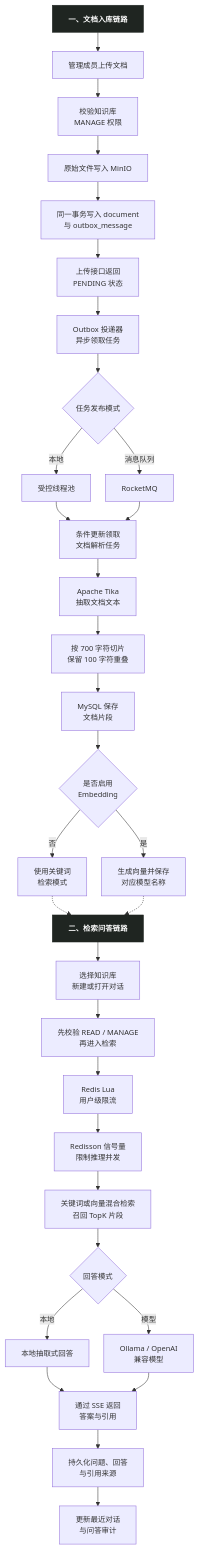
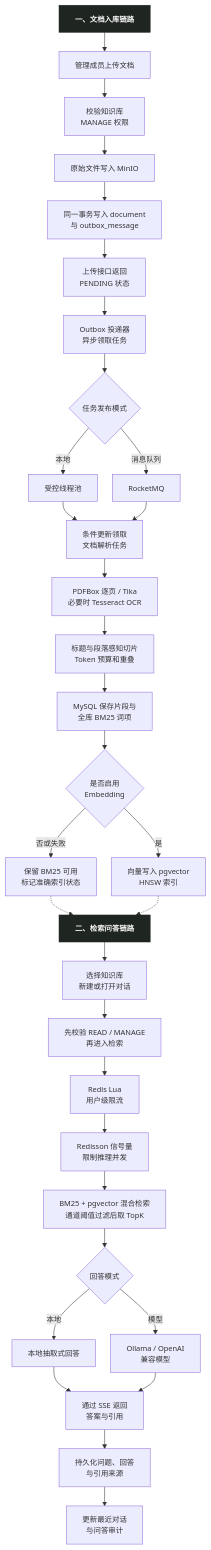
Before and after one commit to haochi1026/docpilot: the diagram in README.md, drawn with Mermaid. The commit also changed other lines of this file and 79 other files, not shown here.

````diff
--- a/README.md
+++ b/README.md
@@ -101,39 +104,39 @@
 ```mermaid
 %%{init: {"flowchart": {"htmlLabels": true, "nodeSpacing": 28, "rankSpacing": 36}, "themeVariables": {"fontSize": "14px"}}}%%
 flowchart TB
   U0["一、文档入库链路"]:::section
   U0 --> U1["管理成员上传文档"]
   U1 --> U2["校验知识库<br/>MANAGE 权限"]
   U2 --> U3["原始文件写入 MinIO"]
   U3 --> U4["同一事务写入 document<br/>与 outbox_message"]
   U4 --> U5["上传接口返回<br/>PENDING 状态"]
   U5 --> U6["Outbox 投递器<br/>异步领取任务"]
   U6 --> U7{"任务发布模式"}
   U7 -->|本地| U8["受控线程池"]
   U7 -->|消息队列| U9["RocketMQ"]
   U8 --> U10["条件更新领取<br/>文档解析任务"]
   U9 --> U10
-  U10 --> U11["Apache Tika<br/>抽取文档文本"]
-  U11 --> U12["按 700 字符切片<br/>保留 100 字符重叠"]
-  U12 --> U13["MySQL 保存<br/>文档片段"]
+  U10 --> U11["PDFBox 逐页 / Tika<br/>必要时 Tesseract OCR"]
+  U11 --> U12["标题与段落感知切片<br/>Token 预算和重叠"]
+  U12 --> U13["MySQL 保存片段与<br/>全库 BM25 词项"]
   U13 --> U14{"是否启用<br/>Embedding"}
-  U14 -->|是| U15["生成向量并保存<br/>对应模型名称"]
-  U14 -->|否| U16["使用关键词<br/>检索模式"]
+  U14 -->|是| U15["向量写入 pgvector<br/>HNSW 索引"]
+  U14 -->|否或失败| U16["保留 BM25 可用<br/>标记准确索引状态"]
 
   U16 -.-> Q0["二、检索问答链路"]:::section
   U15 -.-> Q0
   Q0 --> Q1["选择知识库<br/>新建或打开对话"]
   Q1 --> Q2["先校验 READ / MANAGE<br/>再进入检索"]
   Q2 --> Q3["Redis Lua<br/>用户级限流"]
   Q3 --> Q4["Redisson 信号量<br/>限制推理并发"]
-  Q4 --> Q5["关键词或向量混合检索<br/>召回 TopK 片段"]
+  Q4 --> Q5["BM25 + pgvector 混合检索<br/>通道阈值过滤后取 TopK"]
   Q5 --> Q6{"回答模式"}
   Q6 -->|本地| Q7["本地抽取式回答"]
   Q6 -->|模型| Q8["Ollama / OpenAI<br/>兼容模型"]
   Q7 --> Q9["通过 SSE 返回<br/>答案与引用"]
   Q8 --> Q9
   Q9 --> Q10["持久化问题、回答<br/>与引用来源"]
   Q10 --> Q11["更新最近对话<br/>与问答审计"]
 
   classDef section fill:#1f2521,color:#ffffff,stroke:#1f2521,font-weight:bold;
 ```
````
